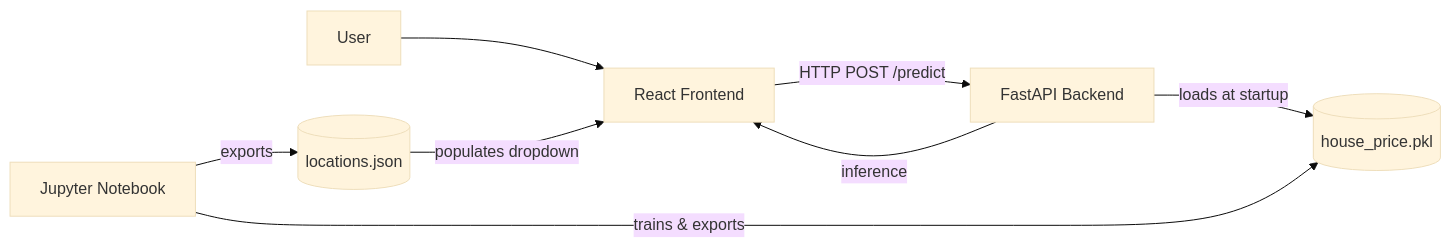
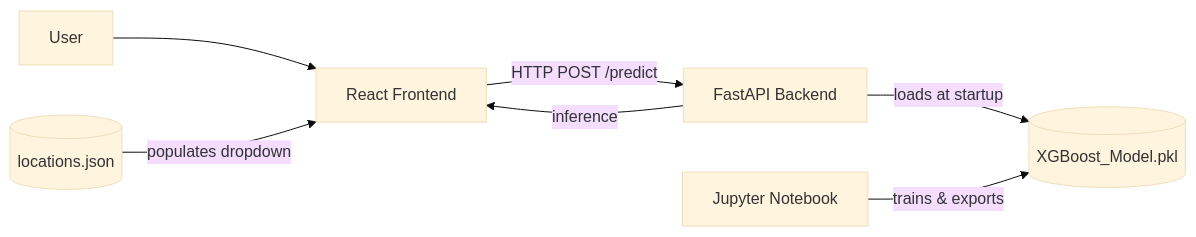
The diagram in README.md (mohamednbashar01/iti-final-project), drawn with Mermaid (base theme) before and after one commit. The commit also changed other lines of this file and 3 other files, not shown here.

````diff
--- a/README.md
+++ b/README.md
@@ -49,10 +64,9 @@
 ```mermaid
 flowchart LR
     A[User] --> B[React Frontend]
     B -- HTTP POST /predict --> C[FastAPI Backend]
-    C -- loads at startup --> D[(house_price.pkl)]
+    C -- loads at startup --> D[(XGBoost_Model.pkl)]
     C -- inference --> B
     E[Jupyter Notebook] -- trains & exports --> D
-    E -- exports --> F[(locations.json)]
-    F -- populates dropdown --> B
+    F[(locations.json)] -- populates dropdown --> B
 ```
````
